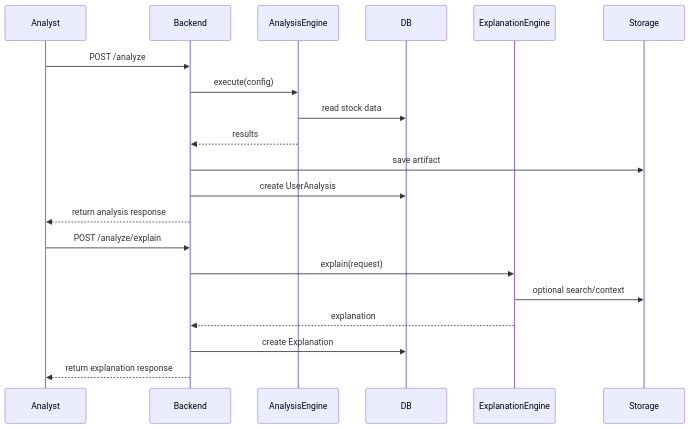
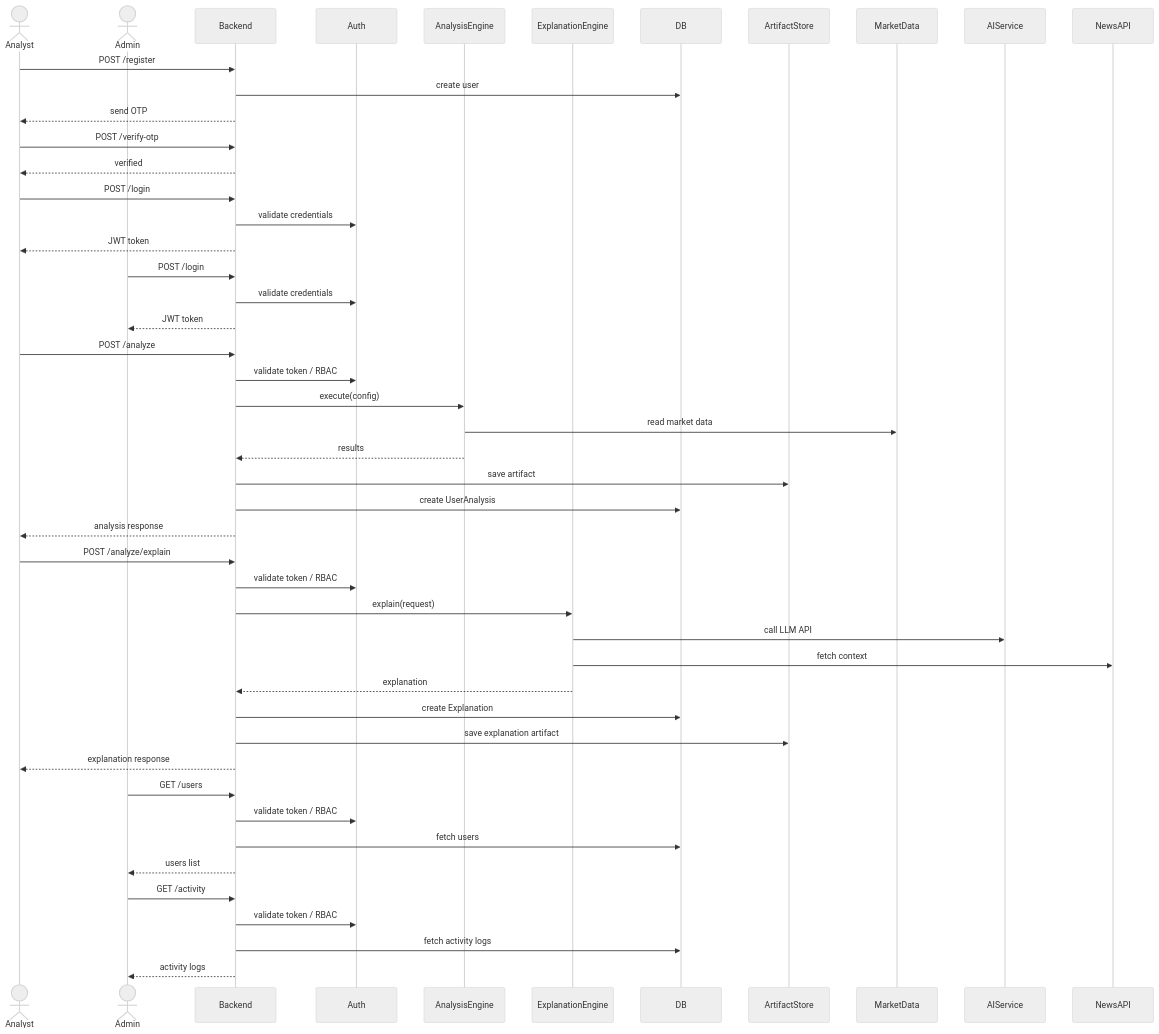
Before and after one commit to rey-tan/Anomaly-Detection: the tenth of 10 diagrams in AnomalyEngine/docs/DIAGRAMS.md, drawn with Mermaid. The commit also changed other lines of this file and 13 other files, not shown here.

````diff
--- a/AnomalyEngine/docs/DIAGRAMS.md
+++ b/AnomalyEngine/docs/DIAGRAMS.md
@@ -602,24 +617,62 @@
 ```mermaid
+---
+config:
+  theme: neutral
+---
 sequenceDiagram
-    participant Analyst
+    actor Analyst
+    actor Admin
     participant Backend
+    participant Auth
     participant AnalysisEngine
+    participant ExplanationEngine
     participant DB
-    participant ExplanationEngine
-    participant Storage
+    participant ArtifactStore
+    participant MarketData
+    participant AIService
+    participant NewsAPI
+
+    Analyst->>Backend: POST /register
+    Backend->>DB: create user
+    Backend-->>Analyst: send OTP
+    Analyst->>Backend: POST /verify-otp
+    Backend-->>Analyst: verified
+
+    Analyst->>Backend: POST /login
+    Backend->>Auth: validate credentials
+    Backend-->>Analyst: JWT token
+
+    Admin->>Backend: POST /login
+    Backend->>Auth: validate credentials
+    Backend-->>Admin: JWT token
+
 
     Analyst->>Backend: POST /analyze
+    Backend->>Auth: validate token / RBAC
     Backend->>AnalysisEngine: execute(config)
-    AnalysisEngine->>DB: read stock data
+    AnalysisEngine->>MarketData: read market data
     AnalysisEngine-->>Backend: results
-    Backend->>Storage: save artifact
+    Backend->>ArtifactStore: save artifact
     Backend->>DB: create UserAnalysis
-    Backend-->>Analyst: return analysis response
+    Backend-->>Analyst: analysis response
 
     Analyst->>Backend: POST /analyze/explain
+    Backend->>Auth: validate token / RBAC
     Backend->>ExplanationEngine: explain(request)
-    ExplanationEngine->>Storage: optional search/context
+    ExplanationEngine->>AIService: call LLM API
+    ExplanationEngine->>NewsAPI: fetch context
     ExplanationEngine-->>Backend: explanation
     Backend->>DB: create Explanation
-    Backend-->>Analyst: return explanation response
+    Backend->>ArtifactStore: save explanation artifact
+    Backend-->>Analyst: explanation response
+
+    Admin->>Backend: GET /users
+    Backend->>Auth: validate token / RBAC
+    Backend->>DB: fetch users
+    Backend-->>Admin: users list
+
+    Admin->>Backend: GET /activity
+    Backend->>Auth: validate token / RBAC
+    Backend->>DB: fetch activity logs
+    Backend-->>Admin: activity logs
 ```
````
